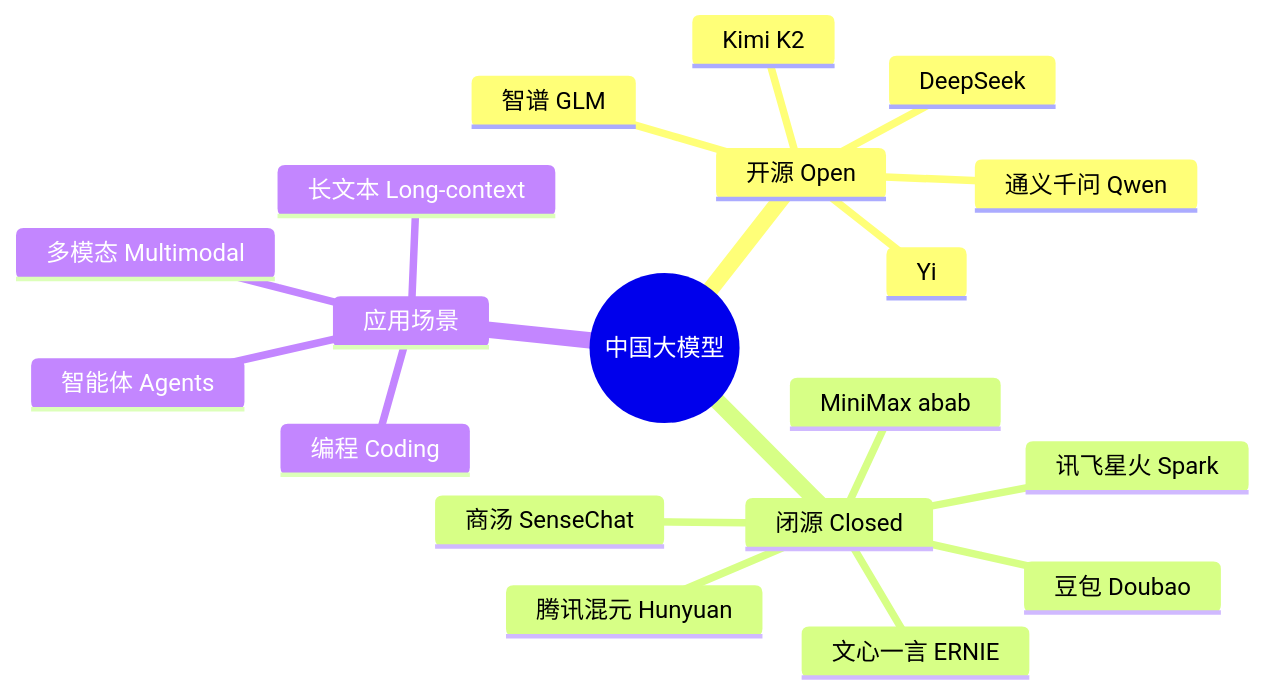
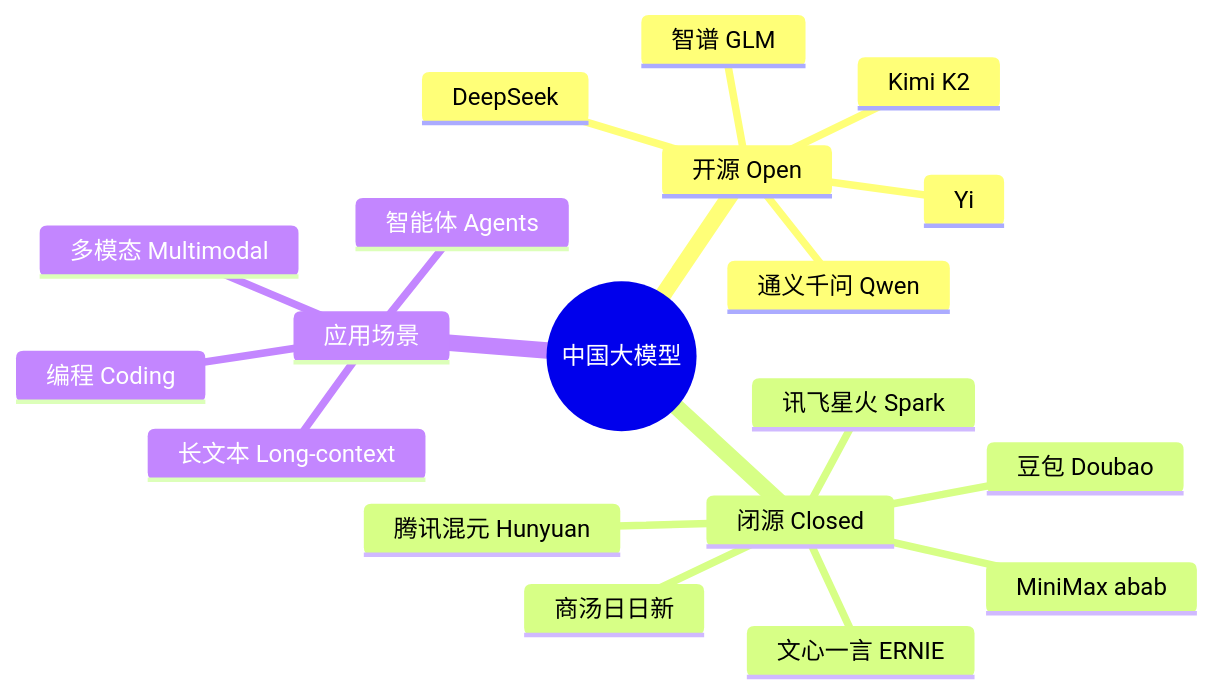
Before and after one commit to HoobenWang/awesome-llm-landscape: the third of 3 diagrams in README.md, drawn with Mermaid. The commit also changed other lines of this file and 2 other files, not shown here.

````diff
--- a/README.md
+++ b/README.md
@@ -139,22 +234,22 @@
 ```mermaid
 mindmap
   root((中国大模型))
     开源 Open
       DeepSeek
       通义千问 Qwen
       智谱 GLM
       Kimi K2
       Yi
     闭源 Closed
       文心一言 ERNIE
       豆包 Doubao
       腾讯混元 Hunyuan
-      商汤 SenseChat
+      商汤日日新
       讯飞星火 Spark
       MiniMax abab
     应用场景
       长文本 Long-context
       编程 Coding
       智能体 Agents
       多模态 Multimodal
 ```
````
